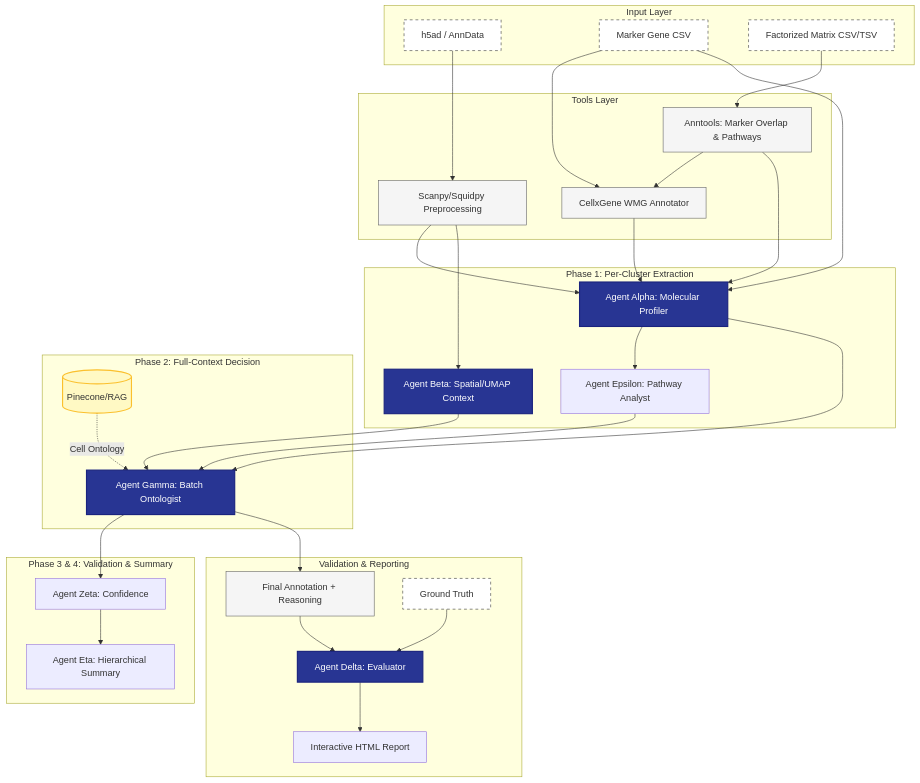
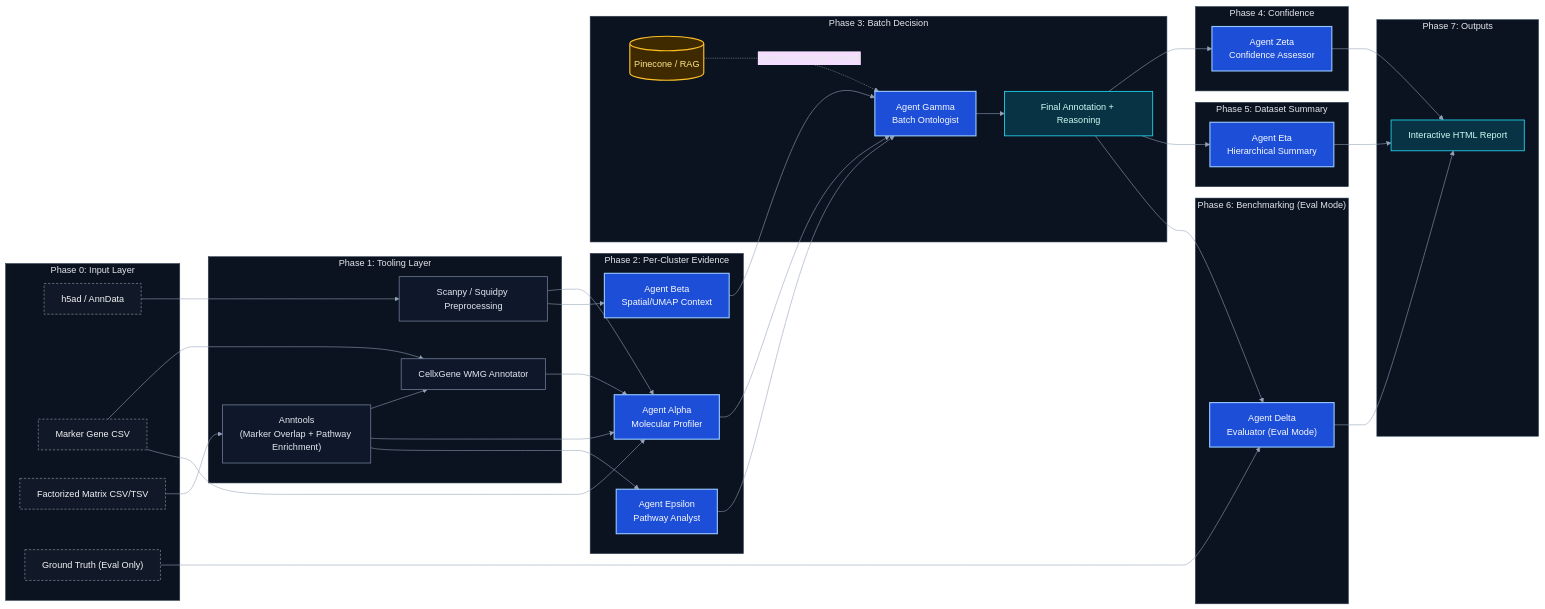
One commit to MorrissyLab/TranScribe changed the diagram in README.md. Above: the diagram before and after it, drawn with Mermaid. The commit also changed other lines of this file, not shown here.

````diff
--- a/README.md
+++ b/README.md
@@ -27,56 +27,97 @@
 ```mermaid
-graph TD
-    subgraph "Input Layer"
-        H5[h5ad / AnnData]
-        CSV[Marker Gene CSV]
-        FAC[Factorized Matrix CSV/TSV]
+%%{init: {'theme':'base','themeVariables':{
+'background':'#0b1220',
+'primaryTextColor':'#e5e7eb',
+'lineColor':'#94a3b8',
+'fontFamily':'Arial'
+}}}%%
+flowchart LR
+    subgraph L0["Phase 0: Input Layer"]
+        H5["h5ad / AnnData"]
+        CSV["Marker Gene CSV"]
+        FAC["Factorized Matrix CSV/TSV"]
+        GT["Ground Truth (Eval Only)"]
     end
 
-    subgraph "Tools Layer"
-        PRE[Scanpy/Squidpy Preprocessing]
-        Ann[Anntools: Marker Overlap & Pathways]
-        WMG[CellxGene WMG Annotator]
-        H5 --> PRE
-        FAC --> Ann
-        CSV --> WMG
-        Ann --> WMG
+    subgraph L1["Phase 1: Tooling Layer"]
+        PRE["Scanpy / Squidpy Preprocessing"]
+        ANN["Anntools<br/>(Marker Overlap + Pathway Enrichment)"]
+        WMG["CellxGene WMG Annotator"]
     end
 
-    subgraph "Phase 1: Per-Cluster Extraction"
-        PRE --> Alpha[Agent Alpha: Molecular Profiler]
-        CSV --> Alpha
-        Ann --> Alpha
-        WMG --> Alpha
-        PRE --> Beta[Agent Beta: Spatial/UMAP Context]
-        Alpha --> Epsilon[Agent Epsilon: Pathway Analyst]
+    subgraph P1["Phase 2: Per-Cluster Evidence"]
+        ALPHA["Agent Alpha<br/>Molecular Profiler"]
+        EPS["Agent Epsilon<br/>Pathway Analyst"]
+        BETA["Agent Beta<br/>Spatial/UMAP Context"]
     end
 
-    subgraph "Phase 2: Full-Context Decision"
-        Alpha --> Gamma[Agent Gamma: Batch Ontologist]
-        Beta --> Gamma
-        Epsilon --> Gamma
-        DB[(Pinecone/RAG)] -.->|Cell Ontology| Gamma
-    end
-    
-    subgraph "Phase 3 & 4: Validation & Summary"
-        Gamma --> Zeta[Agent Zeta: Confidence]
-        Zeta --> Eta[Agent Eta: Hierarchical Summary]
+    subgraph P2["Phase 3: Batch Decision"]
+        GAMMA["Agent Gamma<br/>Batch Ontologist"]
+        ANN_OUT["Final Annotation + Reasoning"]
+        RAG[("Pinecone / RAG")]
     end
 
-    subgraph "Validation & Reporting"
-        Gamma --> R[Final Annotation + Reasoning]
-        R --> Delta[Agent Delta: Evaluator]
-        GT[Ground Truth] --> Delta
-        Delta --> V[Interactive HTML Report]
+    subgraph P3["Phase 4: Confidence"]
+        ZETA["Agent Zeta<br/>Confidence Assessor"]
     end
 
-    classDef agent fill:#283593,color:#fff,stroke:#1a237e,stroke-width:2px;
-    classDef tool fill:#f5f5f5,stroke:#616161,stroke-width:1px;
-    classDef input fill:#fff,stroke:#333,stroke-dasharray: 5 5;
-    classDef database fill:#fff9c4,stroke:#fbc02d,stroke-width:2px;
+    subgraph P4["Phase 5: Dataset Summary"]
+        ETA["Agent Eta<br/>Hierarchical Summary"]
+    end
 
-    class Alpha,Beta,Gamma,Delta agent;
-    class PRE,Ann,R,WMG tool;
+    subgraph BM["Phase 6: Benchmarking (Eval Mode)"]
+        DELTA["Agent Delta<br/>Evaluator (Eval Mode)"]
+    end
+
+    subgraph OUT["Phase 7: Outputs"]
+        REPORT["Interactive HTML Report"]
+    end
+
+    H5 --> PRE
+    FAC --> ANN
+    CSV --> WMG
+    ANN --> WMG
+
+    PRE --> ALPHA
+    CSV --> ALPHA
+    ANN --> ALPHA
+    WMG --> ALPHA
+
+    ANN --> EPS
+    PRE --> BETA
+
+    ALPHA --> GAMMA
+    EPS --> GAMMA
+    BETA --> GAMMA
+    RAG -. "Optional ontology context" .-> GAMMA
+
+    GAMMA --> ANN_OUT
+    ANN_OUT --> ZETA
+    ANN_OUT --> ETA
+    ZETA --> REPORT
+    ETA --> REPORT
+    ANN_OUT --> DELTA
+    GT --> DELTA
+    DELTA --> REPORT
+
+    classDef agent fill:#1d4ed8,color:#f8fafc,stroke:#93c5fd,stroke-width:2px;
+    classDef tool fill:#0f172a,color:#e2e8f0,stroke:#64748b,stroke-width:1.5px;
+    classDef input fill:#111827,color:#f3f4f6,stroke:#9ca3af,stroke-dasharray: 4 3;
+    classDef store fill:#3f2a00,color:#fde68a,stroke:#fbbf24,stroke-width:2px;
+    classDef output fill:#083344,color:#ccfbf1,stroke:#22d3ee,stroke-width:1.5px;
+
+    class ALPHA,BETA,EPS,GAMMA,ZETA,ETA,DELTA agent;
+    class PRE,ANN,WMG tool;
     class H5,CSV,FAC,GT input;
-    class DB database;
+    class RAG store;
+    class ANN_OUT,REPORT output;
+
+    style L0 fill:#0b1220,stroke:#334155,color:#e5e7eb
+    style L1 fill:#0b1220,stroke:#334155,color:#e5e7eb
+    style P1 fill:#0b1220,stroke:#334155,color:#e5e7eb
+    style P2 fill:#0b1220,stroke:#334155,color:#e5e7eb
+    style P3 fill:#0b1220,stroke:#334155,color:#e5e7eb
+    style P4 fill:#0b1220,stroke:#334155,color:#e5e7eb
+    style BM fill:#0b1220,stroke:#334155,color:#e5e7eb
+    style OUT fill:#0b1220,stroke:#334155,color:#e5e7eb
 ```
````
